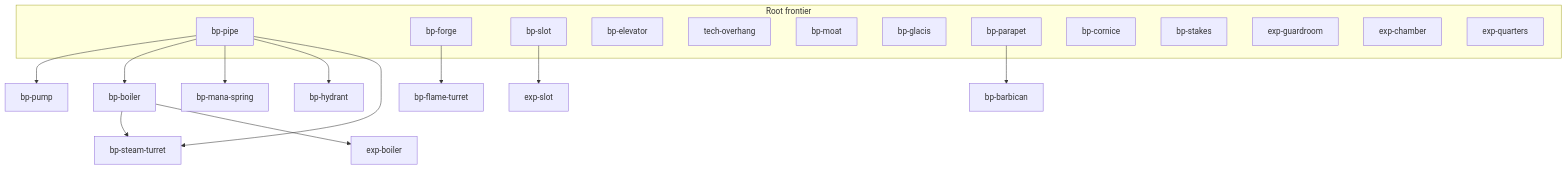
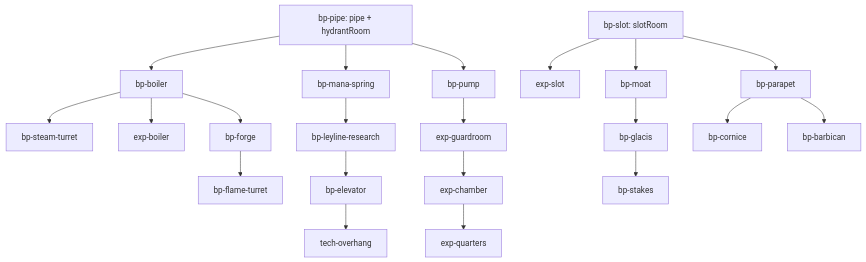
Before and after one commit to katerberg/wizard-tower-builder: the second of 2 diagrams in docs/RESEARCH.md, drawn with Mermaid. The commit also changed other lines of this file and 17 other files, not shown here.

````diff
--- a/docs/RESEARCH.md
+++ b/docs/RESEARCH.md
@@ -177,28 +180,25 @@
 ```mermaid
 flowchart TB
-  subgraph roots [Root frontier]
-    pipe[bp-pipe]
-    forge[bp-forge]
-    slot[bp-slot]
-    elev[bp-elevator]
-    overhang[tech-overhang]
-    moat[bp-moat]
-    glacis[bp-glacis]
-    parapet[bp-parapet]
-    cornice[bp-cornice]
-    stakes[bp-stakes]
-    expG[exp-guardroom]
-    expC[exp-chamber]
-    expQ[exp-quarters]
-  end
-  pipe --> pump[bp-pump]
+  pipe["bp-pipe: pipe + hydrantRoom"]
+  slot["bp-slot: slotRoom"]
   pipe --> boiler[bp-boiler]
   pipe --> spring[bp-mana-spring]
-  pipe --> hydrant[bp-hydrant]
+  pipe --> pump[bp-pump]
   boiler --> steam[bp-steam-turret]
-  pipe --> steam
+  boiler --> expBoiler[exp-boiler]
+  boiler --> forge[bp-forge]
   forge --> flame[bp-flame-turret]
+  spring --> leyline[bp-leyline-research]
+  leyline --> elev[bp-elevator]
+  elev --> overhang[tech-overhang]
+  pump --> expG[exp-guardroom]
+  expG --> expC[exp-chamber]
+  expC --> expQ[exp-quarters]
   slot --> expSlot[exp-slot]
-  boiler --> expBoiler[exp-boiler]
+  slot --> moat[bp-moat]
+  slot --> parapet[bp-parapet]
+  moat --> glacis[bp-glacis]
+  glacis --> stakes[bp-stakes]
+  parapet --> cornice[bp-cornice]
   parapet --> barbican[bp-barbican]
 ```
````
